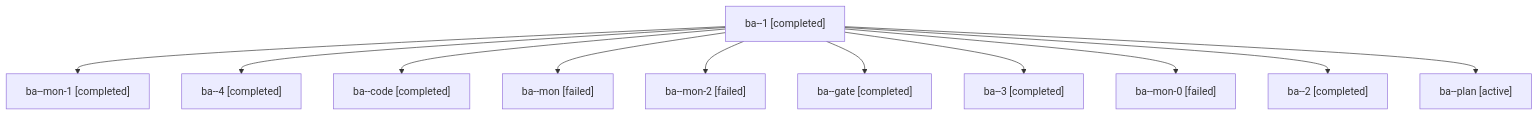
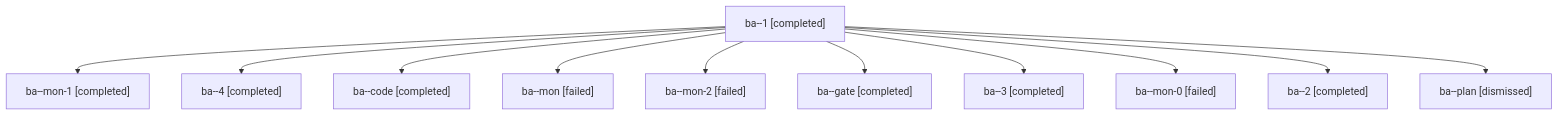
One commit to bobs-org/bob-cli--agents changed the diagram in sessions/bbugyi200.apollo.ba.md. Above: the diagram before and after it, drawn with Mermaid. The commit also changed other lines of this file and 29 other files, not shown here.

````diff
--- a/sessions/bbugyi200.apollo.ba.md
+++ b/sessions/bbugyi200.apollo.ba.md
@@ -9,24 +9,24 @@
 ```mermaid
 flowchart TD
   n0["ba--1 [completed]"]
   n1["ba--mon-1 [completed]"]
   n0 --> n1
   n2["ba--4 [completed]"]
   n0 --> n2
   n3["ba--code [completed]"]
   n0 --> n3
   n4["ba--mon [failed]"]
   n0 --> n4
   n5["ba--mon-2 [failed]"]
   n0 --> n5
   n6["ba--gate [completed]"]
   n0 --> n6
   n7["ba--3 [completed]"]
   n0 --> n7
   n8["ba--mon-0 [failed]"]
   n0 --> n8
   n9["ba--2 [completed]"]
   n0 --> n9
-  n10["ba--plan [active]"]
+  n10["ba--plan [dismissed]"]
   n0 --> n10
 ```
````
